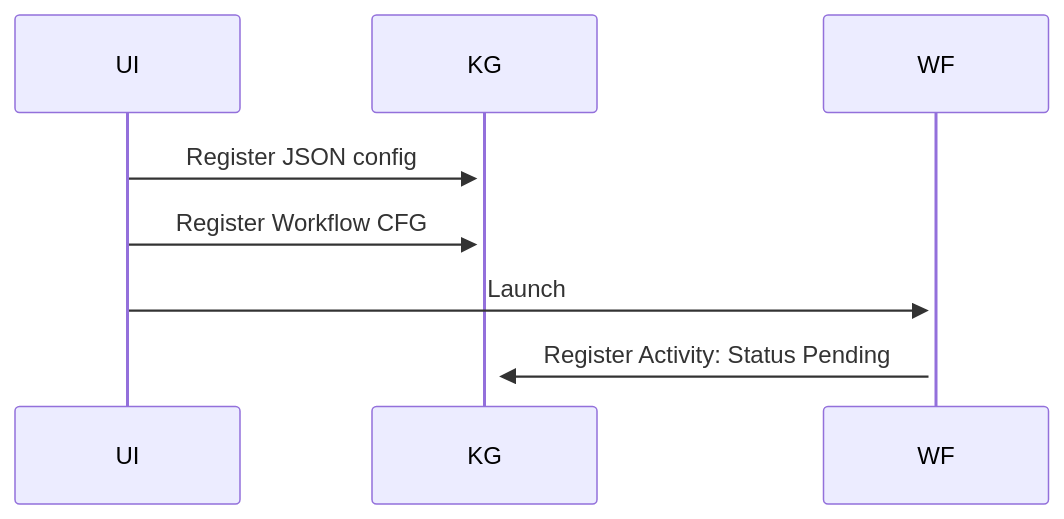
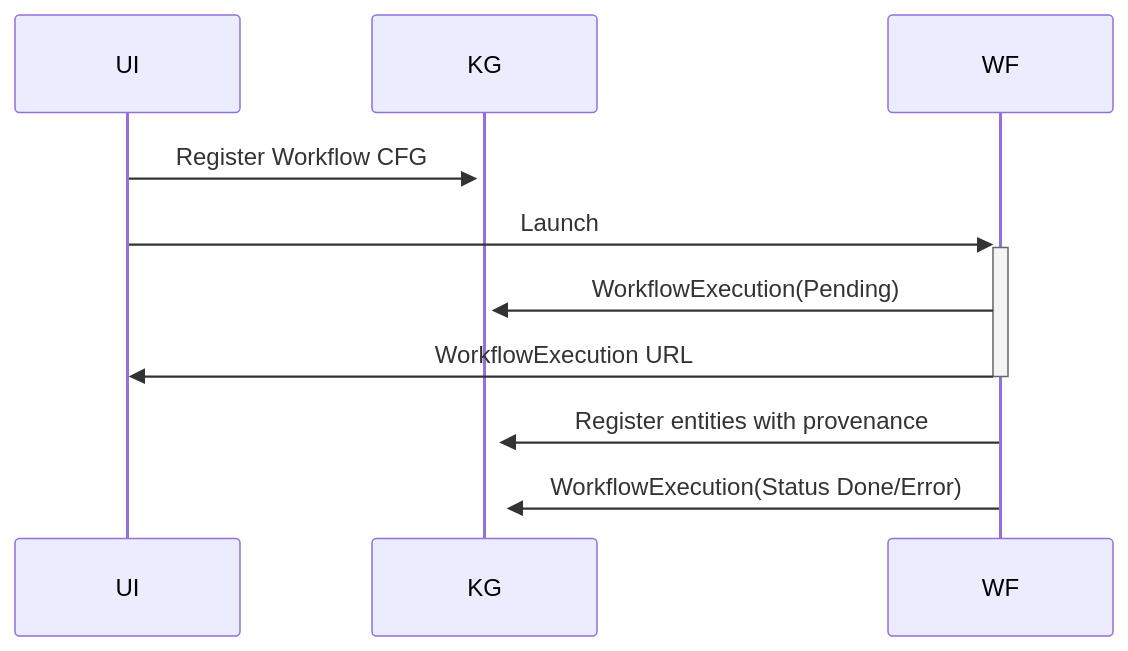
Before and after one commit to BlueBrain/entity-management: the fifth of 5 diagrams in doc/source/prov_patterns.rst, drawn with Mermaid.

Commit message:
improve sequence diagram

```diff
--- a/doc/source/prov_patterns.rst
+++ b/doc/source/prov_patterns.rst
@@ -175,7 +175,9 @@
 .. mermaid::
 
     sequenceDiagram
-        UI->>+KG: Register JSON config
         UI->>+KG: Register Workflow CFG
         UI->>+WF: Launch
-        WF->>+KG: Register Activity: Status Pending
+        WF->>+KG: WorkflowExecution(Pending)
+        WF->>-UI: WorkflowExecution URL
+        WF->>+KG: Register entities with provenance
+        WF->>+KG: WorkflowExecution(Status Done/Error)
```
